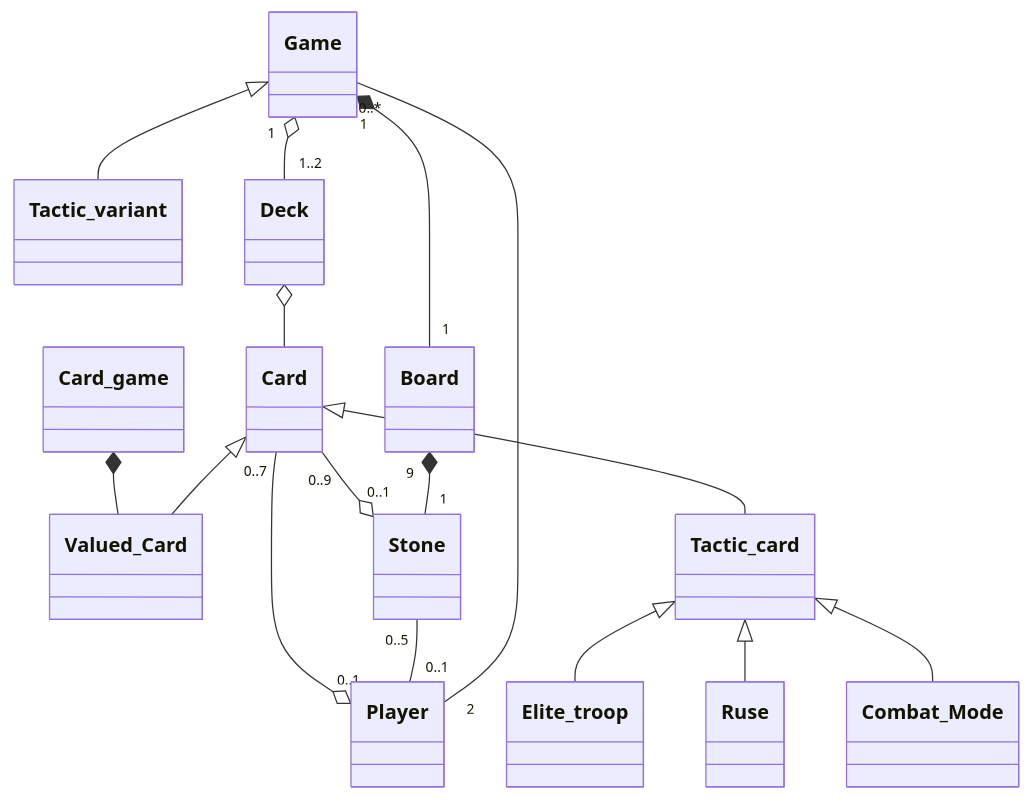
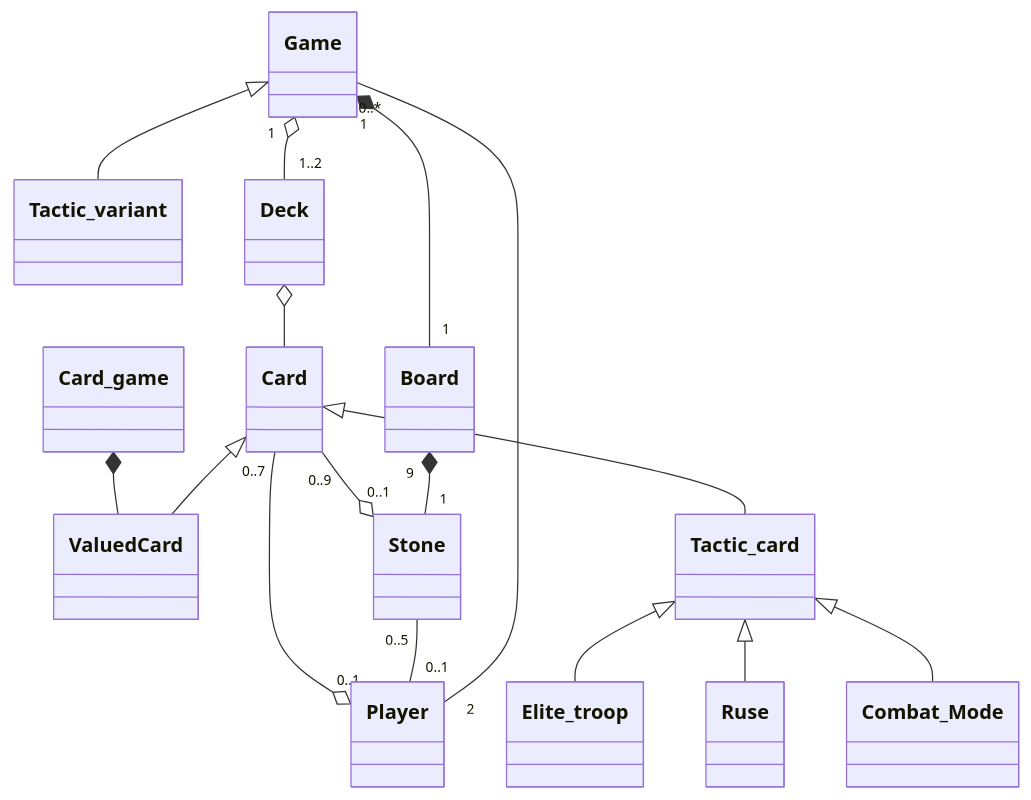
One commit to kilaposhi/Schotten-Totten changed the second of 2 diagrams in documentation/UML.md. Above: the diagram before and after it, drawn with Mermaid. The commit also changed other lines of this file and 9 other files, not shown here.

````diff
--- a/documentation/UML.md
+++ b/documentation/UML.md
@@ -158,22 +158,22 @@
 ```mermaid
 ---
 Uml simple
 ---
 classDiagram
-Card_game *-- Valued_Card
+Card_game *-- ValuedCard
 Game <|-- Tactic_variant
 Card <|-- Tactic_card
-Card <|-- Valued_Card
+Card <|-- ValuedCard
 Deck o-- Card
 Card "0..7" --o "0..1" Player
 Card "0..9" --o "0..1" Stone
 Stone "0..5" -- "0..1" Player
 Game "0..*" -- "2" Player
 Game "1" *-- "1" Board
 Board "9" *-- "1" Stone
 Game "1" o-- "1..2" Deck
 Tactic_card <|-- Elite_troop
 Tactic_card <|-- Ruse
 Tactic_card <|-- Combat_Mode
 
 ```
````
